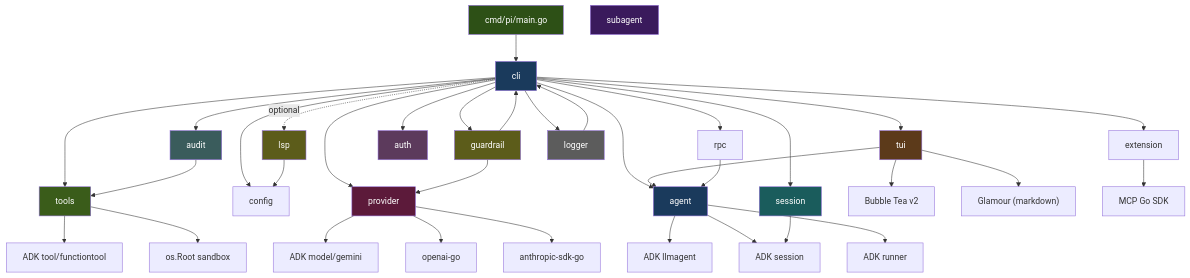
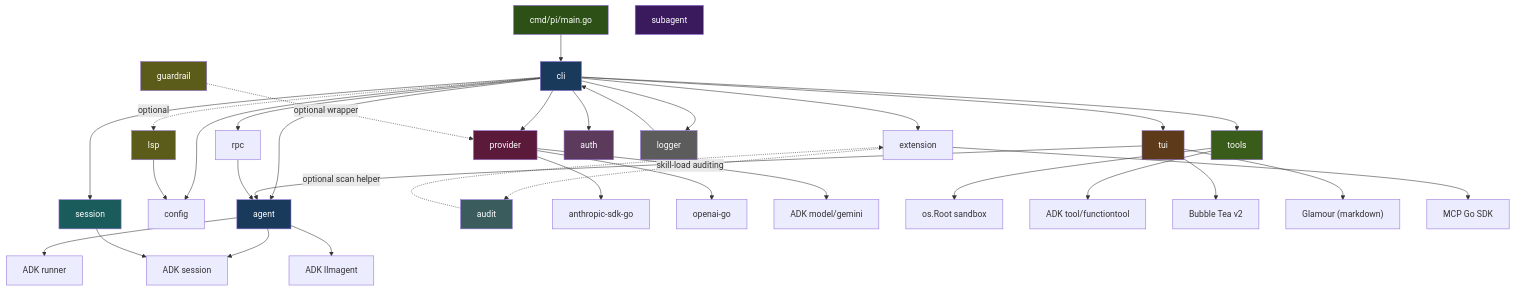
One commit to Pizzaface/pi-go changed the first of 12 diagrams in ARCHITECTURE.md. Above: the diagram before and after it, drawn with Mermaid. The commit also changed other lines of this file and 13 other files, not shown here.

````diff
--- a/ARCHITECTURE.md
+++ b/ARCHITECTURE.md
@@ -32,62 +32,61 @@
 ```mermaid
 graph TD
     main["cmd/pi/main.go"] --> cli["cli"]
     cli --> agent["agent"]
     cli --> config["config"]
     cli --> provider["provider"]
     cli --> tools["tools"]
     cli --> extension["extension"]
     cli --> session["session"]
     cli --> tui["tui"]
     cli --> rpc["rpc"]
     cli -. optional .-> lsp["lsp"]
-    cli --> guardrail["guardrail"]
     cli --> auth["auth"]
-    cli --> audit["audit"]
     cli --> logger["logger"]
+
+    extension -. skill-load auditing .-> audit["audit"]
 
     agent --> adk_runner["ADK runner"]
     agent --> adk_llmagent["ADK llmagent"]
     agent --> adk_session["ADK session"]
 
     provider --> anthropic_sdk["anthropic-sdk-go"]
     provider --> openai_sdk["openai-go"]
     provider --> adk_gemini["ADK model/gemini"]
 
     tools --> sandbox["os.Root sandbox"]
     tools --> adk_tool["ADK tool/functiontool"]
 
 
     lsp --> config
 
     tui --> bubbletea["Bubble Tea v2"]
     tui --> glamour["Glamour (markdown)"]
     tui --> agent
 
     rpc --> agent
 
     extension --> mcp_sdk["MCP Go SDK"]
 
     session --> adk_session
 
-    guardrail --> cli
-    guardrail --> provider
+    guardrail -. optional wrapper .-> provider
 
-    audit --> tools
+    audit -. optional scan helper .-> extension
 
     logger --> cli
 
     style main fill:#2d5016,color:#fff
     style cli fill:#1a3a5c,color:#fff
     style agent fill:#1a3a5c,color:#fff
     style provider fill:#5c1a3a,color:#fff
     style tools fill:#3a5c1a,color:#fff
     style tui fill:#5c3a1a,color:#fff
     style session fill:#1a5c5c,color:#fff
     style subagent fill:#3a1a5c,color:#fff
     style lsp fill:#5c5c1a,color:#fff
     style guardrail fill:#5c5c1a,color:#fff
     style auth fill:#5c3a5c,color:#fff
     style audit fill:#3a5c5c,color:#fff
     style logger fill:#5c5c5c,color:#fff
 ```
````
